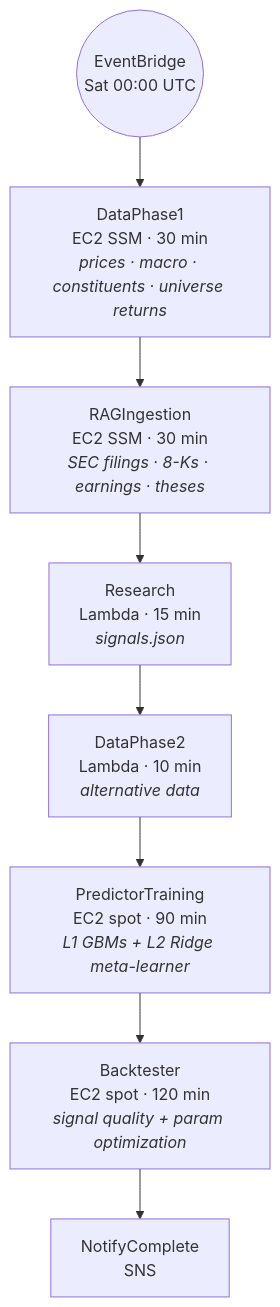
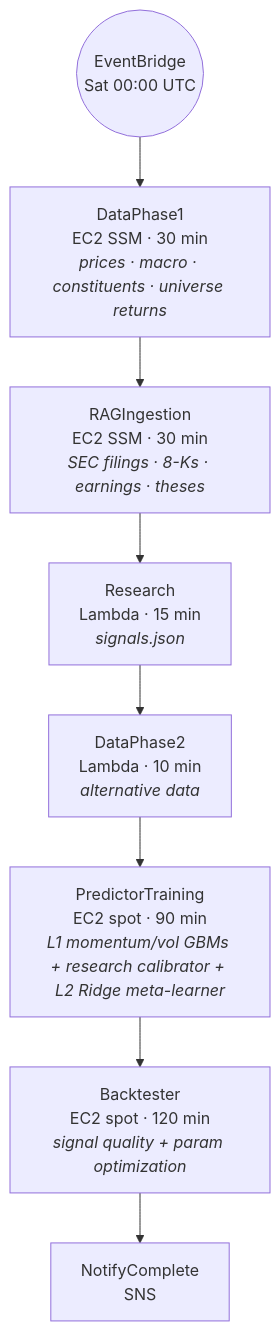
Before and after one commit to cipher813/alpha-engine-docs: the second of 3 diagrams in README.md, drawn with Mermaid. The commit also changed other lines of this file, not shown here.

````diff
--- a/README.md
+++ b/README.md
@@ -104,11 +104,11 @@
 ```mermaid
 flowchart TD
     Trigger((EventBridge<br/>Sat 00:00 UTC)) --> P1
     P1[DataPhase1<br/>EC2 SSM · 30 min<br/><i>prices · macro · constituents · universe returns</i>] --> RAG
     RAG[RAGIngestion<br/>EC2 SSM · 30 min<br/><i>SEC filings · 8-Ks · earnings · theses</i>] --> R
     R[Research<br/>Lambda · 15 min<br/><i>signals.json</i>] --> P2
     P2[DataPhase2<br/>Lambda · 10 min<br/><i>alternative data</i>] --> Train
-    Train[PredictorTraining<br/>EC2 spot · 90 min<br/><i>L1 GBMs + L2 Ridge meta-learner</i>] --> BT
+    Train[PredictorTraining<br/>EC2 spot · 90 min<br/><i>L1 momentum/vol GBMs + research calibrator + L2 Ridge meta-learner</i>] --> BT
     BT[Backtester<br/>EC2 spot · 120 min<br/><i>signal quality + param optimization</i>] --> Notify
     Notify[NotifyComplete<br/>SNS]
 ```
````
